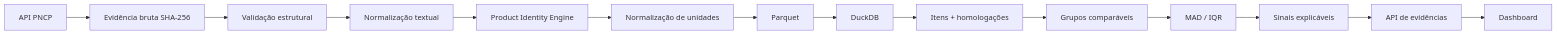
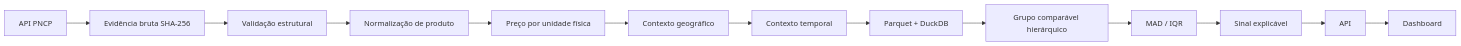
Before and after one commit to peedrovinicius/atlas-compras-publicas: the diagram in README.md, drawn with Mermaid. The commit also changed other lines of this file and 2 other files, not shown here.

Commit message:
docs: documenta contexto geográfico e temporal

```diff
--- a/README.md
+++ b/README.md
@@ -61,16 +47,15 @@
 ~~~mermaid
 flowchart LR
     A[API PNCP] --> B[Evidência bruta SHA-256]
     B --> C[Validação estrutural]
-    C --> D[Normalização textual]
-    D --> E[Product Identity Engine]
-    E --> F[Normalização de unidades]
-    F --> G[Parquet]
-    G --> H[DuckDB]
-    H --> I[Itens + homologações]
-    I --> J[Grupos comparáveis]
-    J --> K[MAD / IQR]
-    K --> L[Sinais explicáveis]
-    L --> M[API de evidências]
-    M --> N[Dashboard]
+    C --> D[Normalização de produto]
+    D --> E[Preço por unidade física]
+    E --> F[Contexto geográfico]
+    F --> G[Contexto temporal]
+    G --> H[Parquet + DuckDB]
+    H --> I[Grupo comparável hierárquico]
+    I --> J[MAD / IQR]
+    J --> K[Sinal explicável]
+    K --> L[API]
+    L --> M[Dashboard]
 ~~~
```
